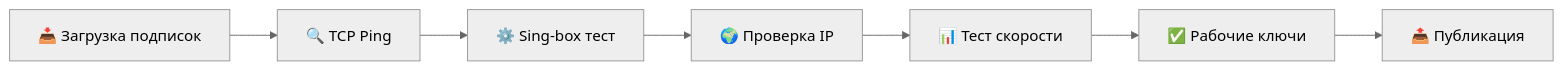
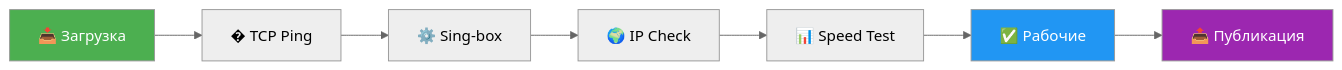
One commit to ginolrewadsb11/studious-umbrella changed the diagram in README.md. Above: the diagram before and after it, drawn with Mermaid (neutral theme). The commit also changed other lines of this file and 1 other file, not shown here.

````diff
--- a/README.md
+++ b/README.md
@@ -73,9 +153,13 @@
 ```mermaid
 graph LR
-    A[📥 Загрузка подписок] --> B[🔍 TCP Ping]
-    B --> C[⚙️ Sing-box тест]
-    C --> D[🌍 Проверка IP]
-    D --> E[📊 Тест скорости]
-    E --> F[✅ Рабочие ключи]
+    A[📥 Загрузка] --> B[� TCP Ping]
+    B --> C[⚙️ Sing-box]
+    C --> D[🌍 IP Check]
+    D --> E[📊 Speed Test]
+    E --> F[✅ Рабочие]
     F --> G[📤 Публикация]
+    
+    style A fill:#4CAF50,color:#fff
+    style F fill:#2196F3,color:#fff
+    style G fill:#9C27B0,color:#fff
 ```
````
